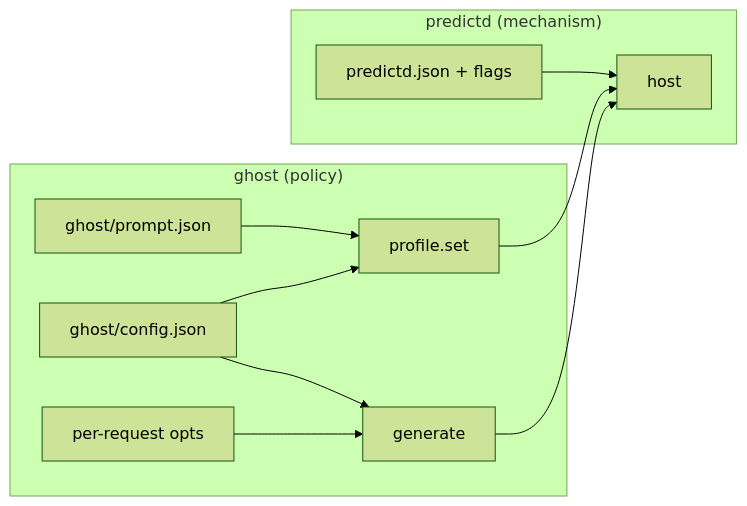
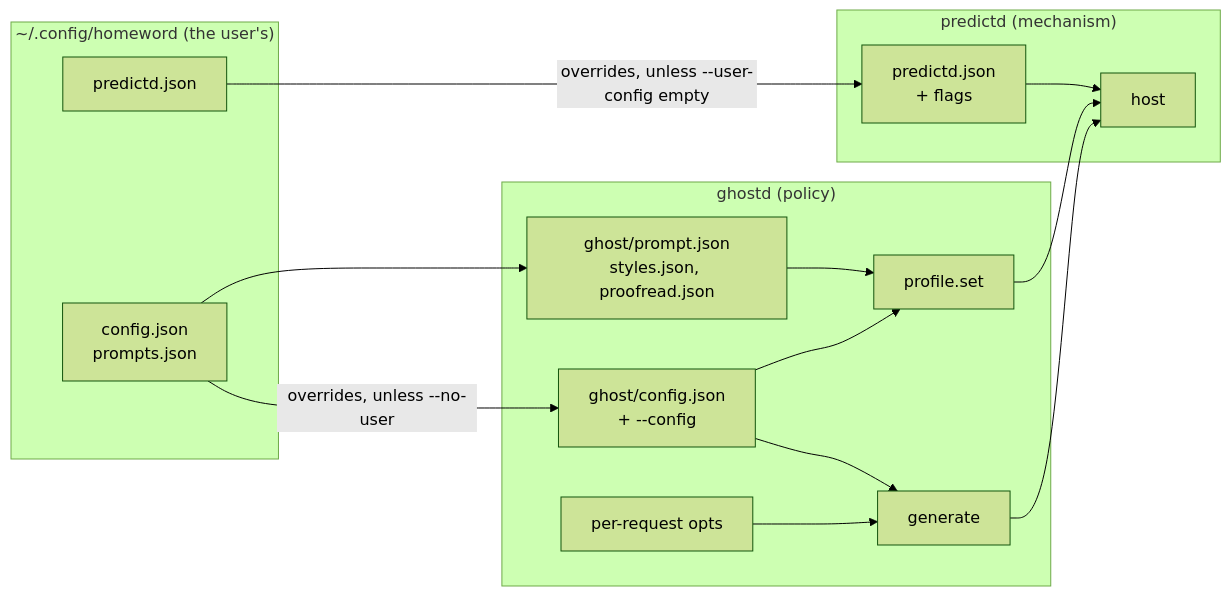
Before and after one commit to FreemanX/Homeword: the diagram in docs/CONFIG.md, drawn with Mermaid (forest theme). The commit also changed other lines of this file and 11 other files, not shown here.

````diff
--- a/docs/CONFIG.md
+++ b/docs/CONFIG.md
@@ -20,14 +20,21 @@
 ```mermaid
 flowchart LR
-    subgraph policy["ghost (policy)"]
-        pj["ghost/prompt.json"] --> prof["profile.set"]
-        gc["ghost/config.json"] --> prof
+    subgraph user["~/.config/homeword (the user's)"]
+        uc["config.json<br/>prompts.json"]
+        ud["predictd.json"]
+    end
+    subgraph policy["ghostd (policy)"]
+        pj["ghost/prompt.json<br/>styles.json, proofread.json"] --> prof["profile.set"]
+        gc["ghost/config.json<br/>+ --config"] --> prof
         gc --> req["generate"]
         opts["per-request opts"] --> req
     end
     subgraph mech["predictd (mechanism)"]
-        dj["predictd.json + flags"] --> host["host"]
+        dj["predictd.json<br/>+ flags"] --> host["host"]
         prof --> host
         req --> host
     end
+    uc -->|"overrides, unless --no-user"| gc
+    uc --> pj
+    ud -->|"overrides, unless --user-config empty"| dj
 ```
````
